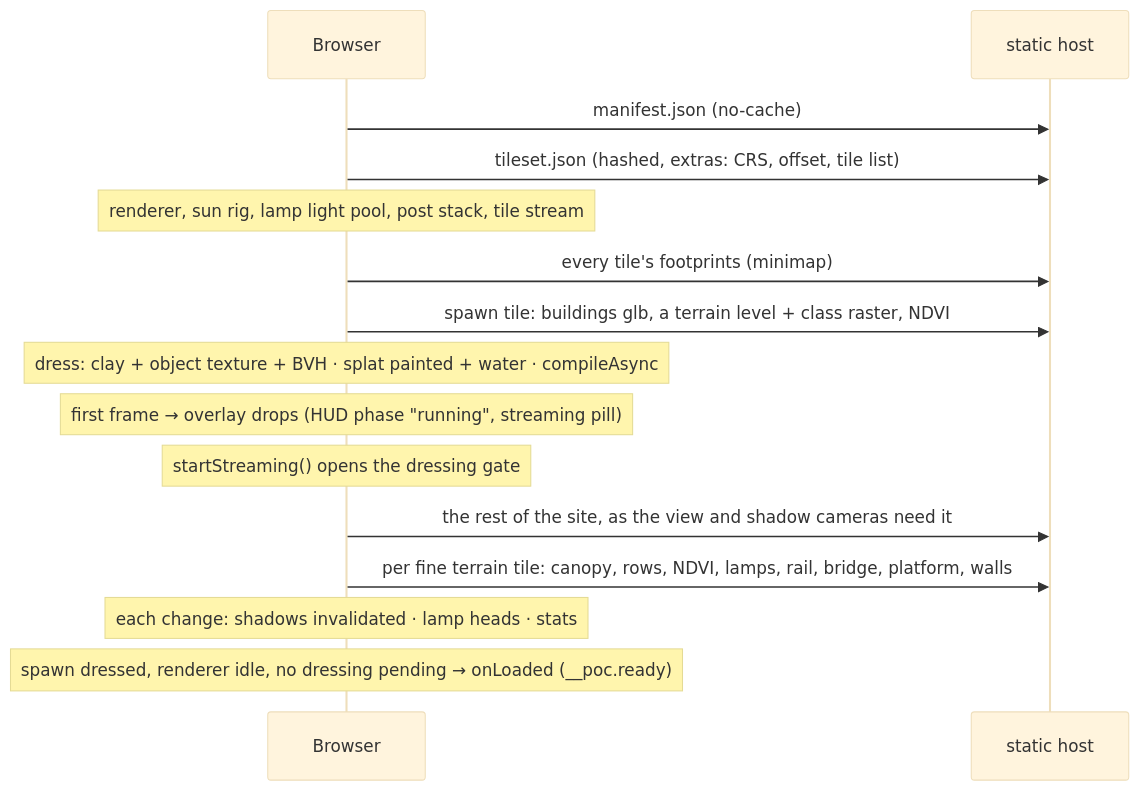
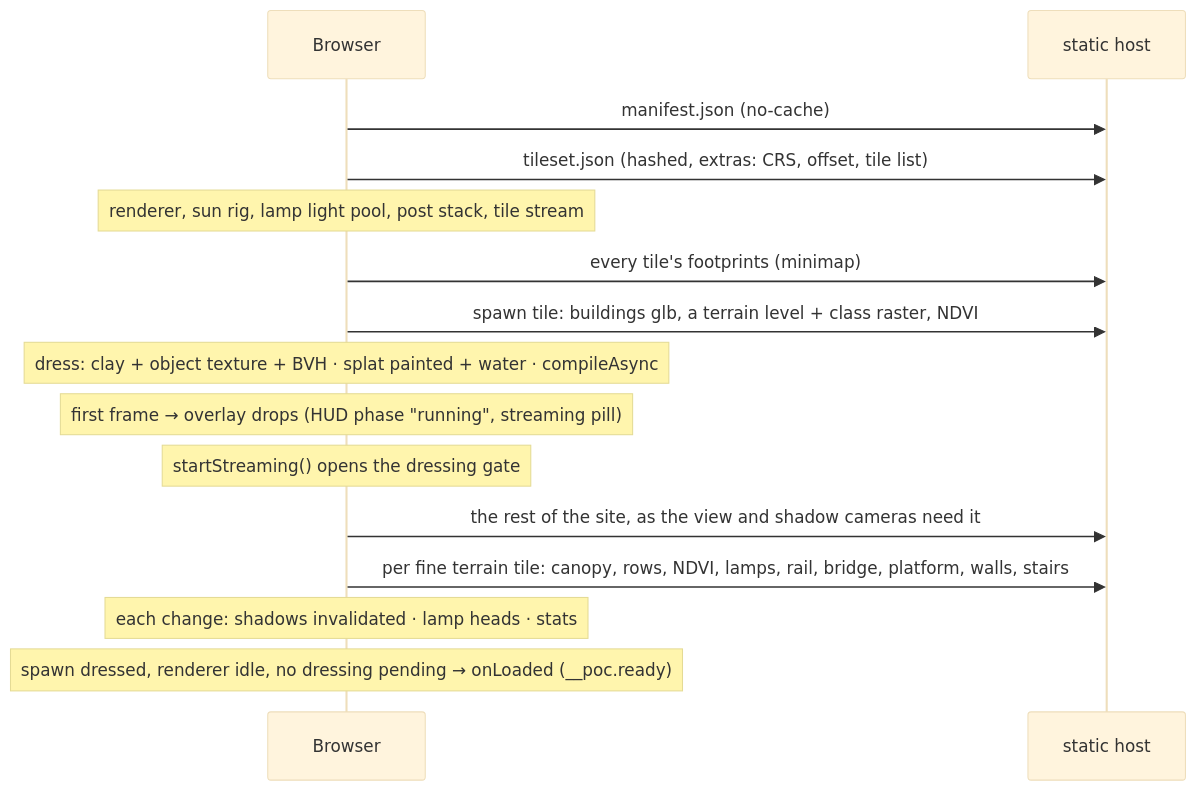
One commit to mdugue/bridge changed the second of 2 diagrams in docs/rendering.md. Above: the diagram before and after it, drawn with Mermaid (base theme). The commit also changed other lines of this file and 43 other files, not shown here.

First line of the commit message:
feat(stairs): OSM steps as real flights over a lowered terrain

````diff
--- a/docs/rendering.md
+++ b/docs/rendering.md
@@ -210,17 +213,17 @@
 ```mermaid
 sequenceDiagram
   participant B as Browser
   participant S as static host
   B->>S: manifest.json (no-cache)
   B->>S: tileset.json (hashed, extras: CRS, offset, tile list)
   Note over B: renderer, sun rig, lamp light pool, post stack, tile stream
   B->>S: every tile's footprints (minimap)
   B->>S: spawn tile: buildings glb, a terrain level + class raster, NDVI
   Note over B: dress: clay + object texture + BVH · splat painted + water · compileAsync
   Note over B: first frame → overlay drops (HUD phase "running", streaming pill)
   Note over B: startStreaming() opens the dressing gate
   B->>S: the rest of the site, as the view and shadow cameras need it
-  B->>S: per fine terrain tile: canopy, rows, NDVI, lamps, rail, bridge, platform, walls
+  B->>S: per fine terrain tile: canopy, rows, NDVI, lamps, rail, bridge, platform, walls, stairs
   Note over B: each change: shadows invalidated · lamp heads · stats
   Note over B: spawn dressed, renderer idle, no dressing pending → onLoaded (__poc.ready)
 ```
````
